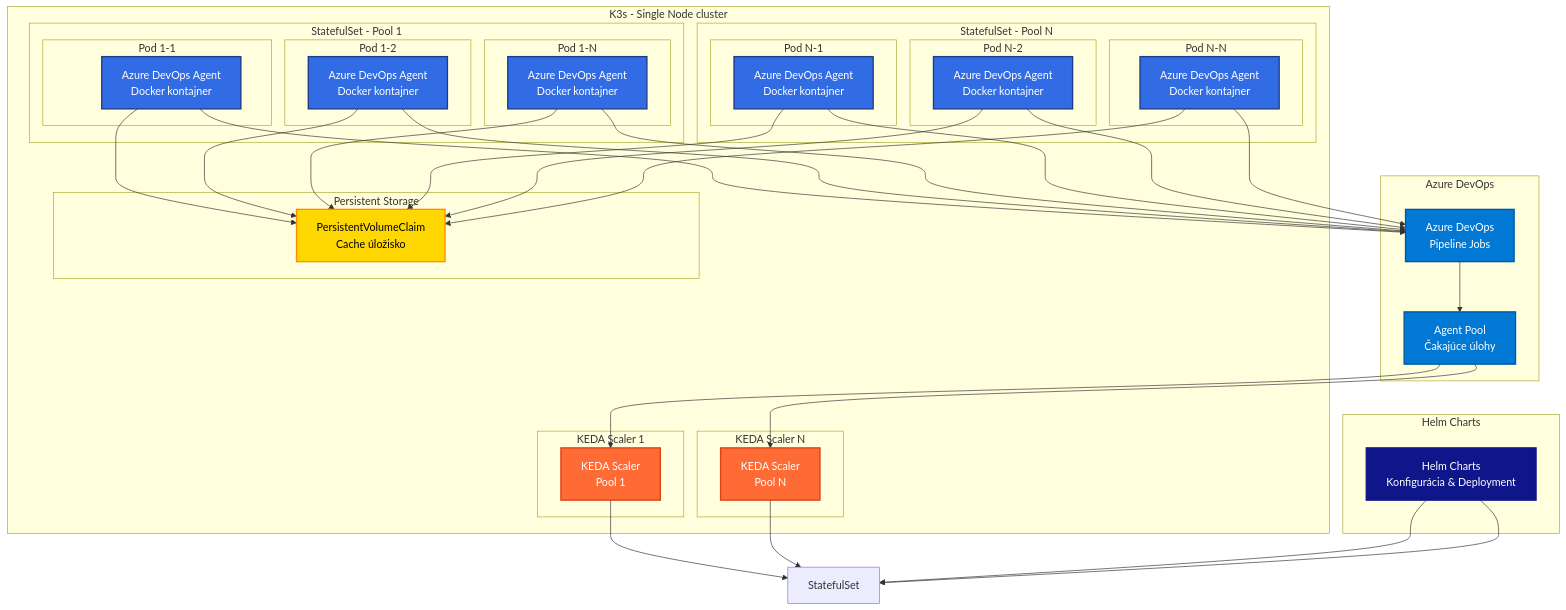
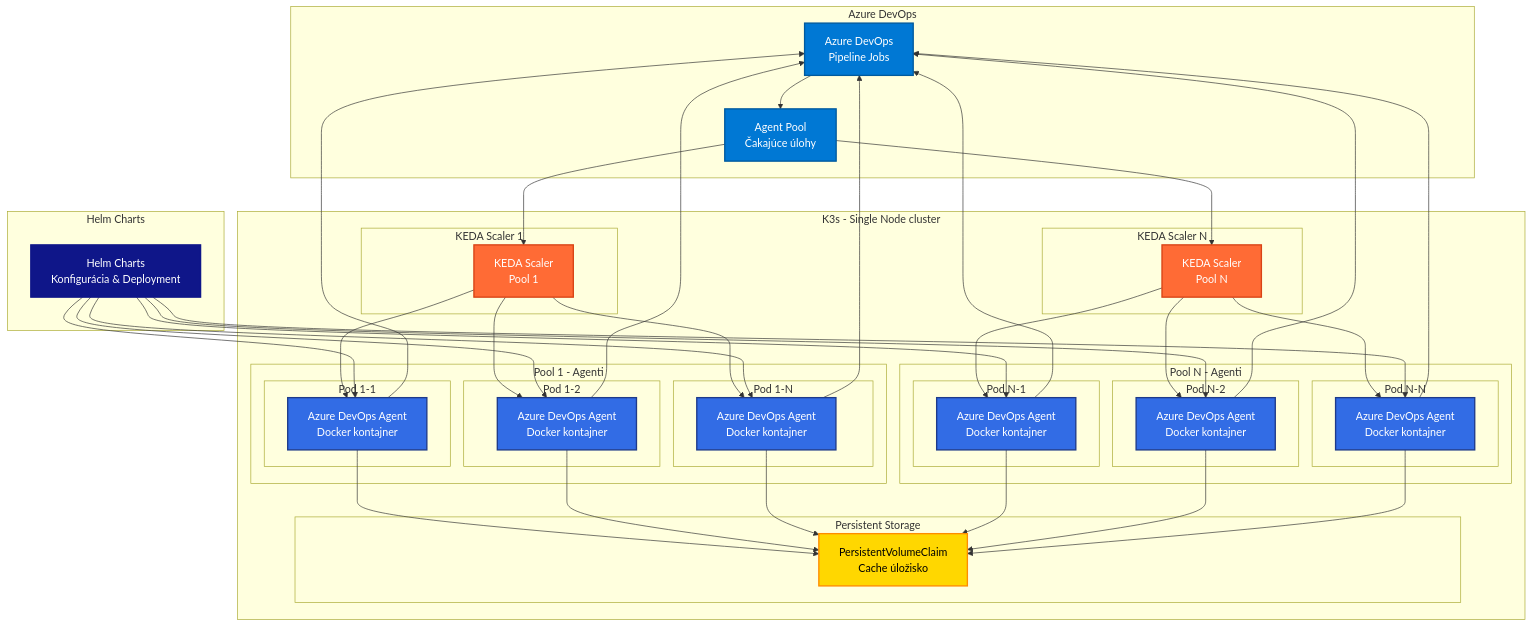
The first of 2 diagrams in linuxmachine/user-documentation.md (motycak/kros-sk.github.io), drawn with Mermaid before and after one commit. The commit also changed other lines of this file, not shown here.

```diff
--- a/linuxmachine/user-documentation.md
+++ b/linuxmachine/user-documentation.md
@@ -52,7 +52,7 @@
             KEDA_SCALERN[KEDA Scaler<br/>Pool N]
         end
         
-        subgraph "StatefulSet - Pool 1"
+        subgraph "Pool 1 - Agenti"
             subgraph "Pod 1-1"
                 AGENT1_1[Azure DevOps Agent<br/>Docker kontajner]
             end
@@ -64,7 +64,7 @@
             end
         end
         
-        subgraph "StatefulSet - Pool N"
+        subgraph "Pool N - Agenti"
             subgraph "Pod N-1"
                 AGENTN_1[Azure DevOps Agent<br/>Docker kontajner]
             end
@@ -90,11 +90,19 @@
     ADO_POOL --> KEDA_SCALER1
     ADO_POOL --> KEDA_SCALERN
     
-    KEDA_SCALER1 --> StatefulSet
-    KEDA_SCALERN --> StatefulSet
+    KEDA_SCALER1 --> AGENT1_1
+    KEDA_SCALER1 --> AGENT1_2
+    KEDA_SCALER1 --> AGENT1_N
+    KEDA_SCALERN --> AGENTN_1
+    KEDA_SCALERN --> AGENTN_2
+    KEDA_SCALERN --> AGENTN_N
     
-    HELM --> StatefulSet
-    HELM --> StatefulSet
+    HELM --> AGENT1_1
+    HELM --> AGENT1_2
+    HELM --> AGENT1_N
+    HELM --> AGENTN_1
+    HELM --> AGENTN_2
+    HELM --> AGENTN_N
     
     AGENT1_1 --> PVC
     AGENT1_2 --> PVC
```
